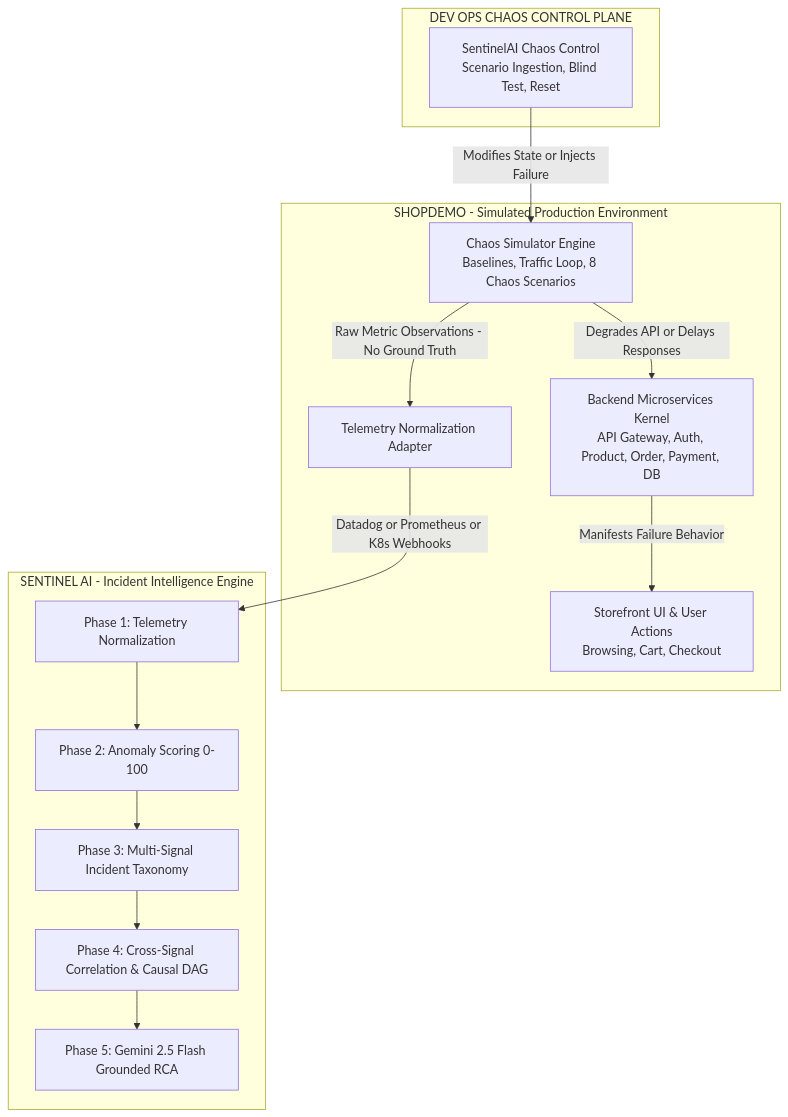
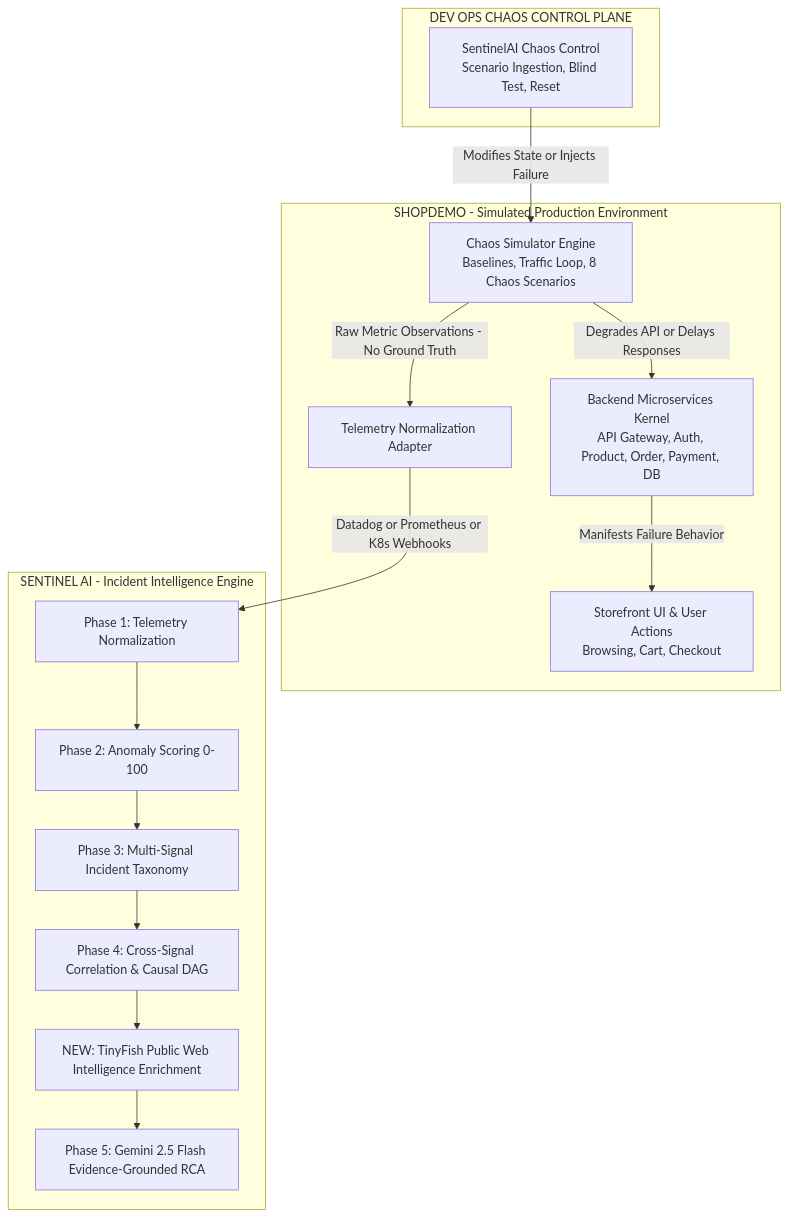
The diagram in README.md (PR-REDHAWK/SentinalAI), drawn with Mermaid before and after one commit. The commit also changed other lines of this file, not shown here.

````diff
--- a/README.md
+++ b/README.md
@@ -13,28 +13,29 @@
 ```mermaid
 graph TD
     subgraph SHOPDEMO ["SHOPDEMO - Simulated Production Environment"]
         UI["Storefront UI & User Actions<br/>Browsing, Cart, Checkout"]
         BE["Backend Microservices Kernel<br/>API Gateway, Auth, Product, Order, Payment, DB"]
         ENG["Chaos Simulator Engine<br/>Baselines, Traffic Loop, 8 Chaos Scenarios"]
         ADP["Telemetry Normalization Adapter"]
     end
 
     subgraph CHAOS ["DEV OPS CHAOS CONTROL PLANE"]
         CTRL["SentinelAI Chaos Control<br/>Scenario Ingestion, Blind Test, Reset"]
     end
 
     subgraph SENTINEL ["SENTINEL AI - Incident Intelligence Engine"]
         P1["Phase 1: Telemetry Normalization"]
         P2["Phase 2: Anomaly Scoring 0-100"]
         P3["Phase 3: Multi-Signal Incident Taxonomy"]
         P4["Phase 4: Cross-Signal Correlation & Causal DAG"]
-        P5["Phase 5: Gemini 2.5 Flash Grounded RCA"]
+        TF["NEW: TinyFish Public Web Intelligence Enrichment"]
+        P5["Phase 5: Gemini 2.5 Flash Evidence-Grounded RCA"]
     end
 
     CTRL -->|Modifies State or Injects Failure| ENG
     ENG -->|Degrades API or Delays Responses| BE
     BE -->|Manifests Failure Behavior| UI
     ENG -->|Raw Metric Observations - No Ground Truth| ADP
     ADP -->|Datadog or Prometheus or K8s Webhooks| P1
-    P1 --> P2 --> P3 --> P4 --> P5
+    P1 --> P2 --> P3 --> P4 --> TF --> P5
 ```
````
